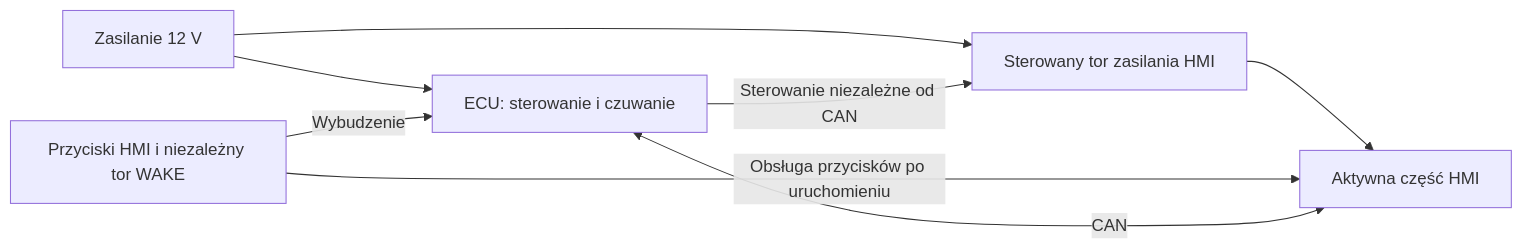
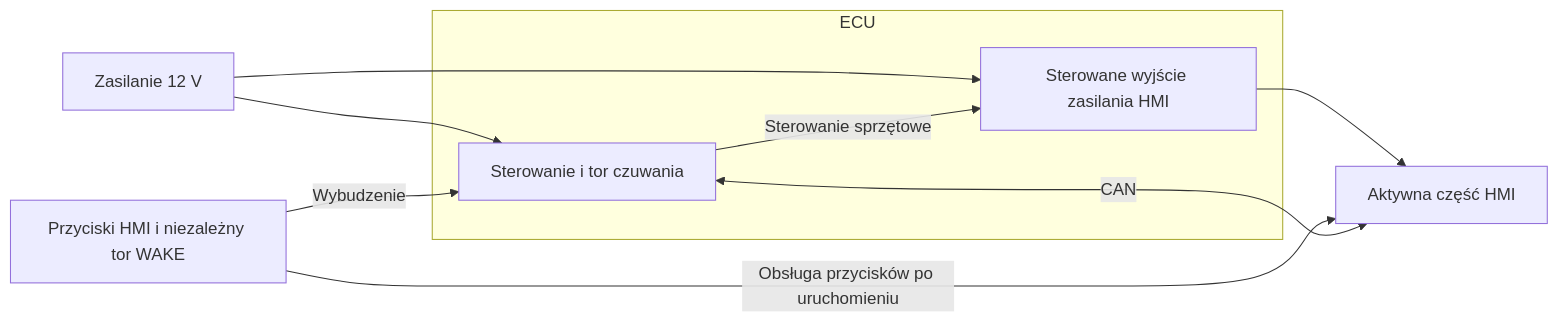
One commit to DustWorx/DustWorx-DustONE changed the diagram in docs/architecture/brak-potwierdzenia-uspienia-hmi.md. Above: the diagram before and after it, drawn with Mermaid. The commit also changed other lines of this file, not shown here.

Commit message:
docs: zasilanie HMI sterowane z ECU i odłączenie awaryjne, SYS-064/065

````diff
--- a/docs/architecture/brak-potwierdzenia-uspienia-hmi.md
+++ b/docs/architecture/brak-potwierdzenia-uspienia-hmi.md
@@ -23,10 +23,14 @@
 ```mermaid
 flowchart LR
-    B["Zasilanie 12 V"] --> E["ECU: sterowanie i czuwanie"]
-    B --> S["Sterowany tor zasilania HMI"]
-    E -->|Sterowanie niezależne od CAN| S
+    B["Zasilanie 12 V"] --> E
+    B --> S
+    subgraph ECU["ECU"]
+        E["Sterowanie i tor czuwania"]
+        S["Sterowane wyjście zasilania HMI"]
+        E -->|Sterowanie sprzętowe| S
+    end
     S --> H["Aktywna część HMI"]
     W["Przyciski HMI i niezależny tor WAKE"] -->|Wybudzenie| E
     W -->|Obsługa przycisków po uruchomieniu| H
     E <-->|CAN| H
 ```
````
